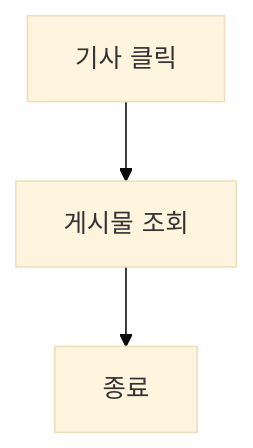
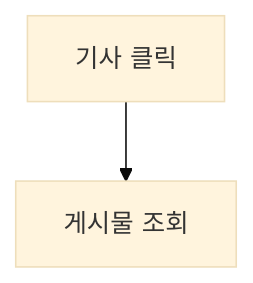
One commit to ssuminii/devcamp-onboarding-template changed the first of 5 diagrams in design/기능정의서.md. Above: the diagram before and after it, drawn with Mermaid (base theme). The commit also changed other lines of this file, not shown here.

````diff
--- a/design/기능정의서.md
+++ b/design/기능정의서.md
@@ -28,5 +28,4 @@
 ```mermaid
 flowchart TD
     A[기사 클릭] --> B[게시물 조회]
-    B --> Z[종료]
 ```
````
